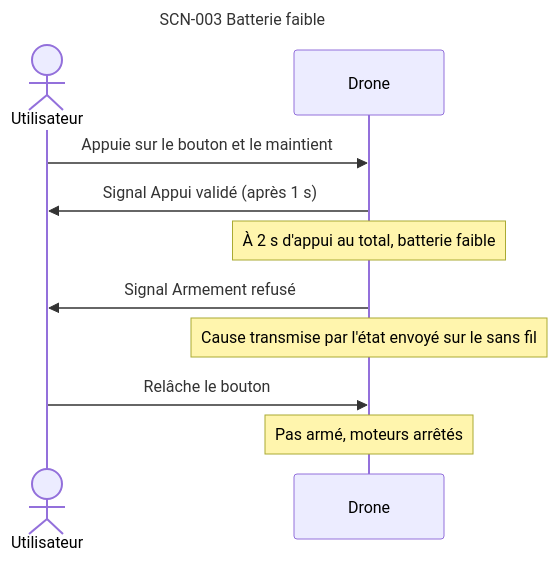
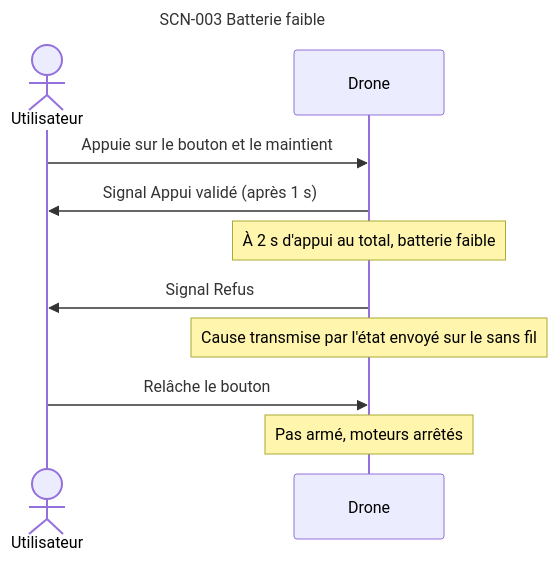
The seventh of 15 diagrams in projets/boomrone/00-scenarios.md (thourymatthieu-png/coworker_archi_system), drawn with Mermaid before and after one commit. The commit also changed other lines of this file and 6 other files, not shown here.

Commit message:
Boomrone : DEC-087 à DEC-093 (arrêt d'urgence, garde, signal Refus, mode réglage refusé), doutes DOU-076, DOU-079, DOU-089 à DOU-091 levés

````diff
--- a/projets/boomrone/00-scenarios.md
+++ b/projets/boomrone/00-scenarios.md
@@ -389,15 +411,15 @@
 ```mermaid
 ---
 title: "SCN-003 Batterie faible"
 ---
 sequenceDiagram
     actor U as Utilisateur
     participant D as Drone
     U->>D: Appuie sur le bouton et le maintient
     D->>U: Signal Appui validé (après 1 s)
     Note over D: À 2 s d'appui au total, batterie faible
-    D->>U: Signal Armement refusé
+    D->>U: Signal Refus
     Note over D: Cause transmise par l'état envoyé sur le sans fil
     U->>D: Relâche le bouton
     Note over D: Pas armé, moteurs arrêtés
 ```
````
